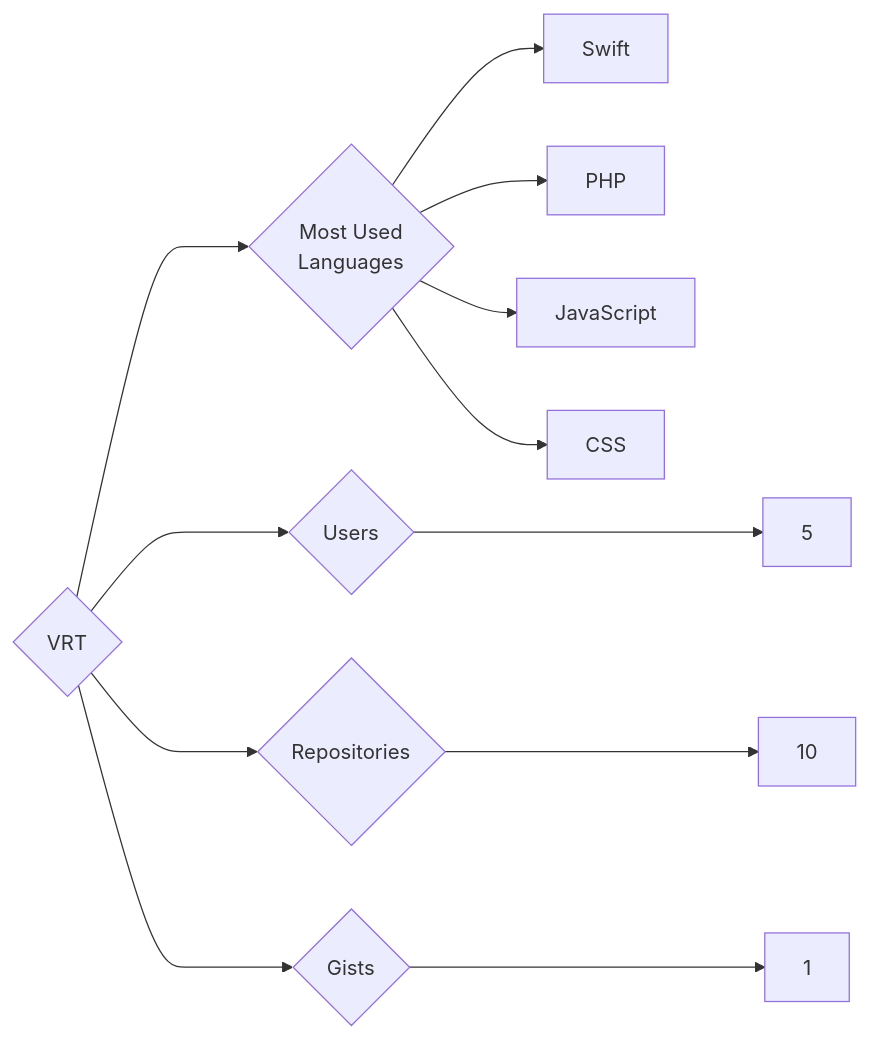
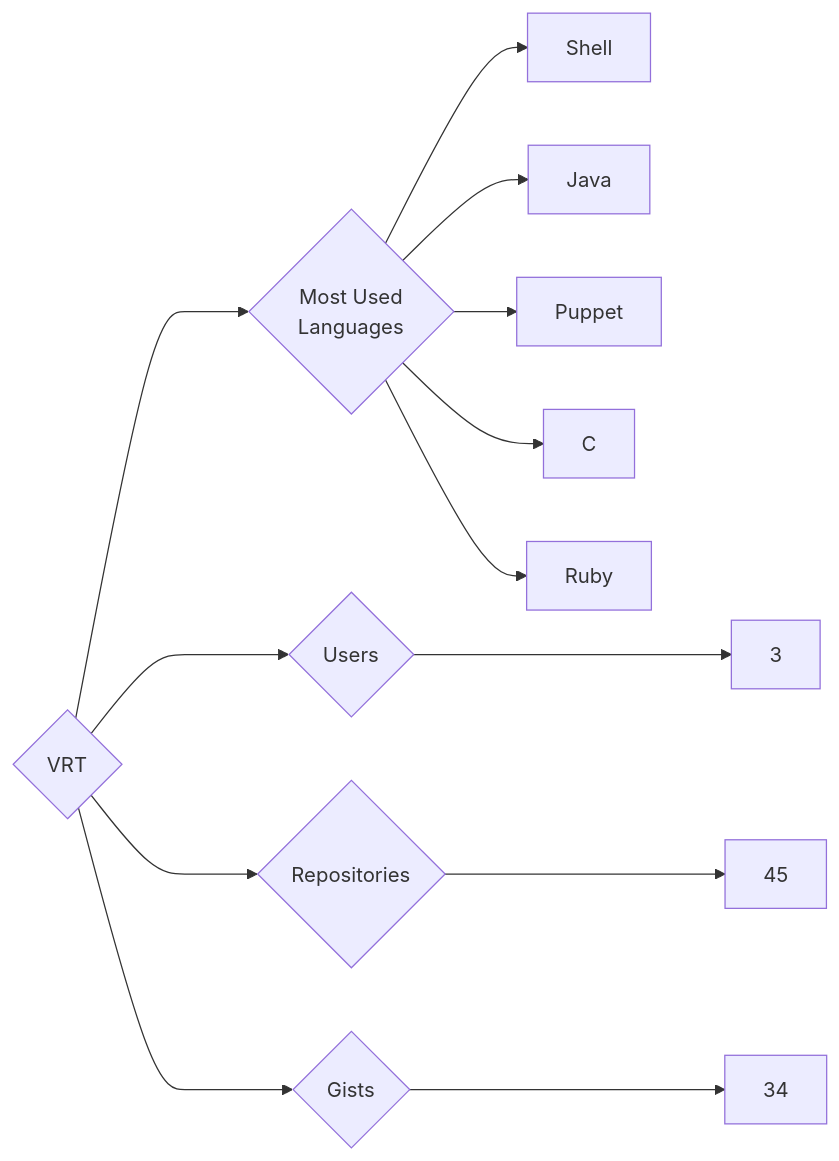
Before and after one commit to trickest/insiders: the diagram in targets/VRT/README.md, drawn with Mermaid. The commit also changed 1508 other files, not shown here.

````diff
--- a/targets/VRT/README.md
+++ b/targets/VRT/README.md
@@ -3,12 +3,13 @@
 ```mermaid
 graph LR
 COMPANY_NAME{VRT}
-COMPANY_NAME ---> U{Users} ---> UN[5]
-COMPANY_NAME ---> R{Repositories} ---> RN[10]
-COMPANY_NAME ---> G{Gists} ---> GN[1]
+COMPANY_NAME ---> U{Users} ---> UN[3]
+COMPANY_NAME ---> R{Repositories} ---> RN[45]
+COMPANY_NAME ---> G{Gists} ---> GN[34]
 COMPANY_NAME ---> ML{Most Used<br>Languages}
-ML --> Swift[Swift]
-ML --> PHP[PHP]
-ML --> JavaScript[JavaScript]
-ML --> CSS[CSS]
+ML --> Shell[Shell]
+ML --> Java[Java]
+ML --> Puppet[Puppet]
+ML --> C[C]
+ML --> Ruby[Ruby]
 ```
````
